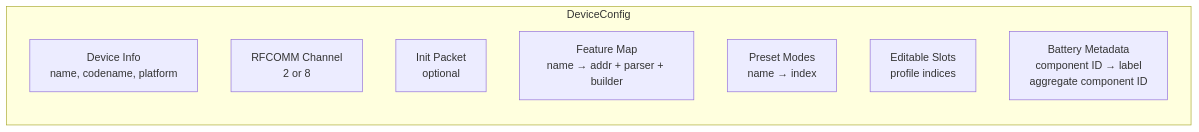
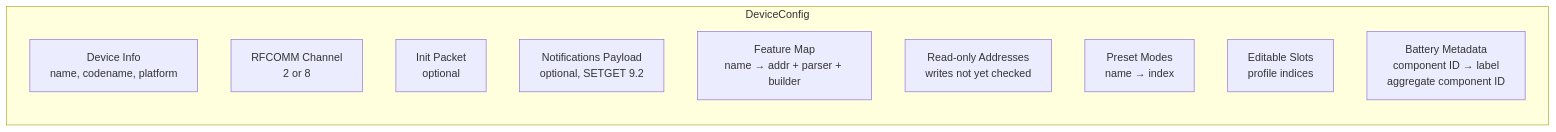
Before and after one commit to aaronsb/bosectl: the third of 8 diagrams in docs/architecture.md, drawn with Mermaid. The commit also changed other lines of this file and 4 other files, not shown here.

````diff
--- a/docs/architecture.md
+++ b/docs/architecture.md
@@ -123,12 +123,14 @@
 ```mermaid
 graph LR
     subgraph DeviceConfig
         INFO[Device Info<br/>name, codename, platform]
         CHAN[RFCOMM Channel<br/>2 or 8]
         INIT[Init Packet<br/>optional]
+        NOTIF[Notifications Payload<br/>optional, SETGET 9.2]
         FEAT[Feature Map<br/>name → addr + parser + builder]
+        RO[Read-only Addresses<br/>writes not yet checked]
         MODES[Preset Modes<br/>name → index]
         SLOTS[Editable Slots<br/>profile indices]
         CELLS[Battery Metadata<br/>component ID → label<br/>aggregate component ID]
     end
 ```
````
